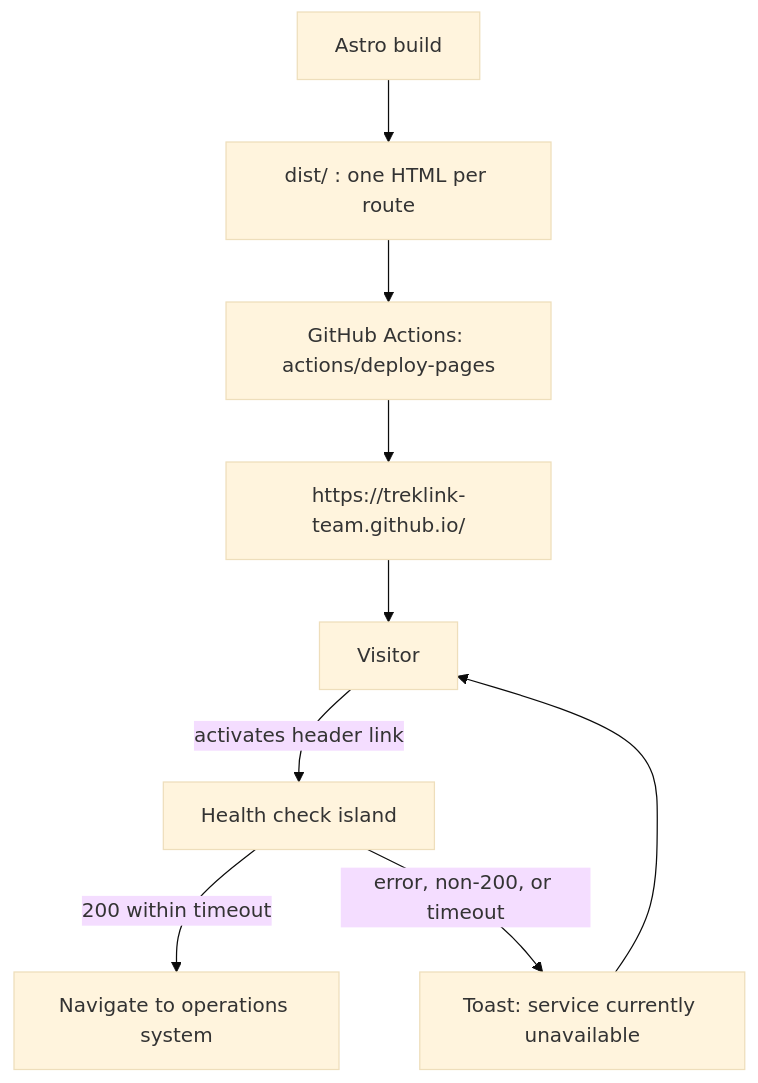
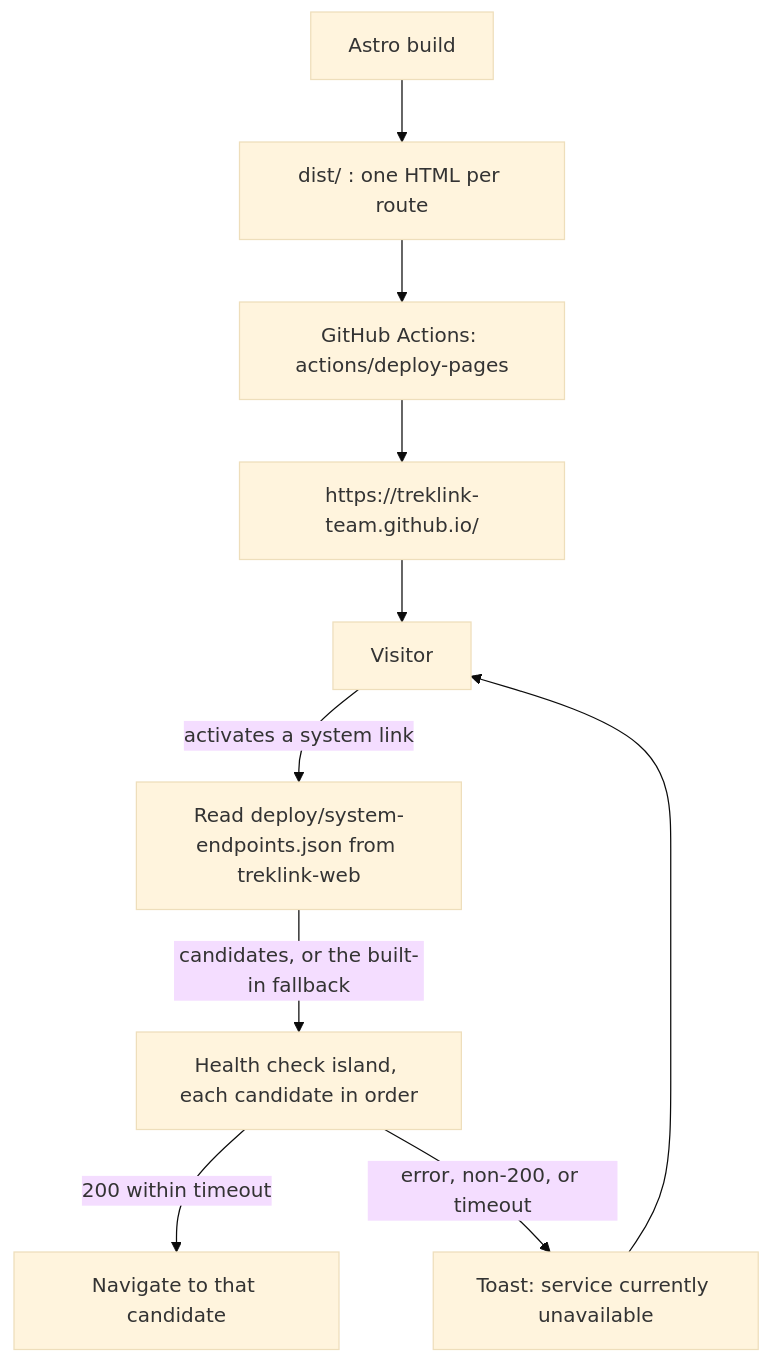
The diagram in specs/landing/design.md (TrekLink-Team/TrekLink-Team.github.io), drawn with Mermaid (base theme) before and after one commit. The commit also changed other lines of this file and 6 other files, not shown here.

First line of the commit message:
feat: discover where the operations system runs at click time

````diff
--- a/specs/landing/design.md
+++ b/specs/landing/design.md
@@ -44,11 +44,12 @@
 ```mermaid
 flowchart TD
     A["Astro build"] --> B["dist/ : one HTML per route"]
     B --> C["GitHub Actions: actions/deploy-pages"]
     C --> D["https://treklink-team.github.io/"]
     D --> E["Visitor"]
-    E -->|"activates header link"| F["Health check island"]
-    F -->|"200 within timeout"| G["Navigate to operations system"]
+    E -->|"activates a system link"| R["Read deploy/system-endpoints.json from treklink-web"]
+    R -->|"candidates, or the built-in fallback"| F["Health check island, each candidate in order"]
+    F -->|"200 within timeout"| G["Navigate to that candidate"]
     F -->|"error, non-200, or timeout"| H["Toast: service currently unavailable"]
     H --> E
 ```
````
